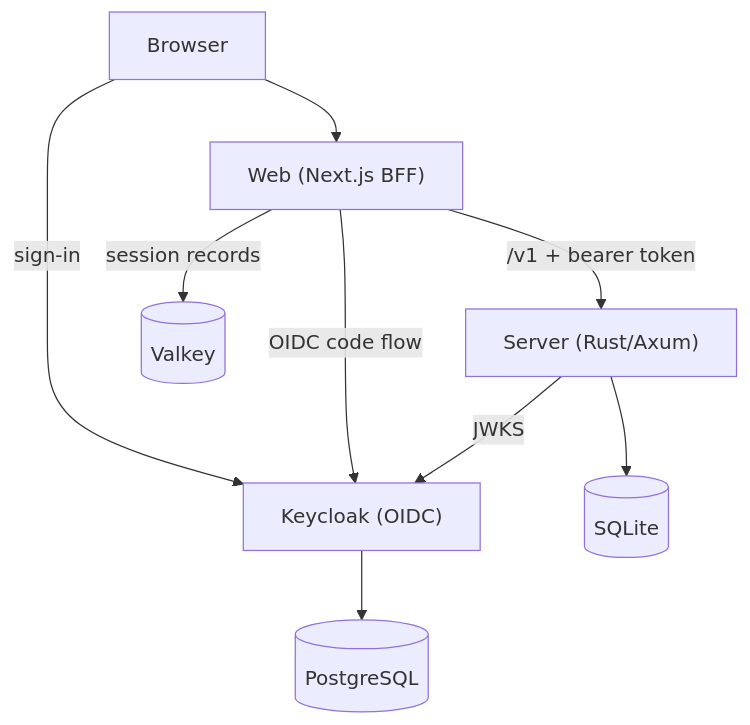
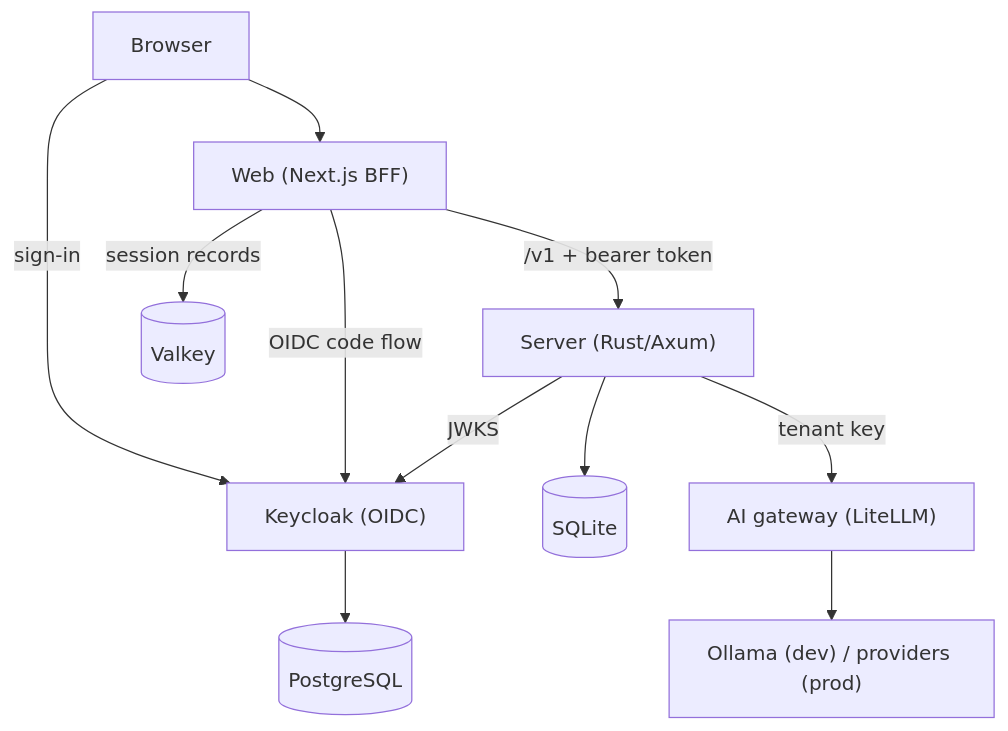
One commit to Kanzo-Tech/keasy changed the diagram in README.md. Above: the diagram before and after it, drawn with Mermaid. The commit also changed other lines of this file and 19 other files, not shown here.

First line of the commit message:
feat(infra): the AI gateway — LiteLLM as the platform's one door to models

````diff
--- a/README.md
+++ b/README.md
@@ -60,11 +64,13 @@
 ```mermaid
 graph TD
     Browser --> Web["Web (Next.js BFF)"]
     Browser -->|"sign-in"| Keycloak["Keycloak (OIDC)"]
     Web -->|"/v1 + bearer token"| Server["Server (Rust/Axum)"]
     Web -->|"OIDC code flow"| Keycloak
     Web -->|"session records"| Valkey[("Valkey")]
     Server -->|"JWKS"| Keycloak
     Server --> SQLite[("SQLite")]
+    Server -->|"tenant key"| Gateway["AI gateway (LiteLLM)"]
+    Gateway --> Models["Ollama (dev) / providers (prod)"]
     Keycloak --> PostgreSQL[("PostgreSQL")]
 ```
````
